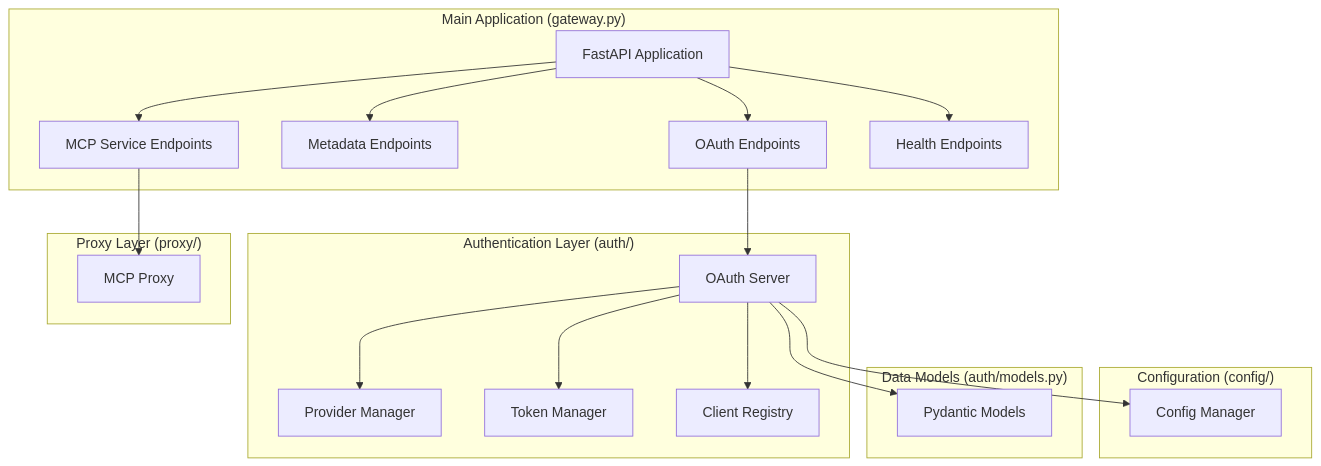
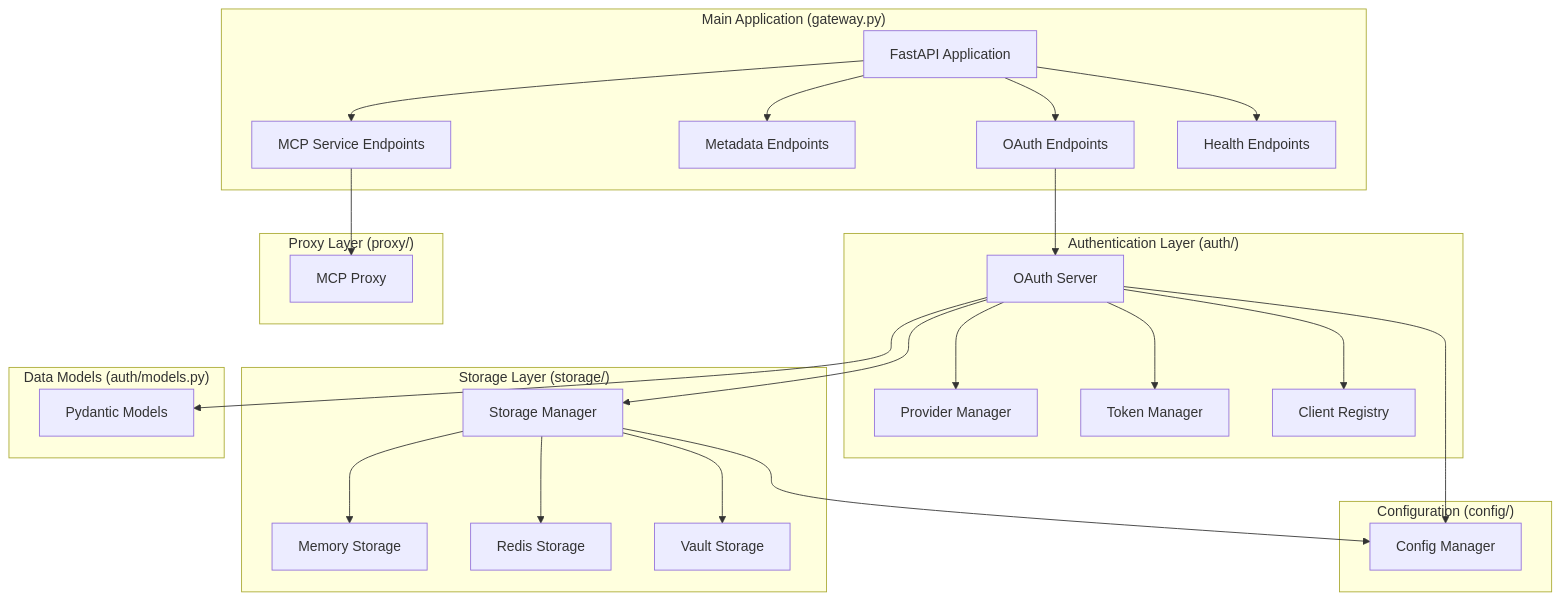
Before and after one commit to akshay5995/mcp-oauth-gateway: the second of 11 diagrams in ARCHITECTURE.md, drawn with Mermaid. The commit also changed other lines of this file and 43 other files, not shown here.

````diff
--- a/ARCHITECTURE.md
+++ b/ARCHITECTURE.md
@@ -52,44 +59,57 @@
 ```mermaid
 graph TB
     subgraph "Main Application (gateway.py)"
         FastAPI[FastAPI Application]
         OAuth[OAuth Endpoints]
         Meta[Metadata Endpoints]
         McpEndpoints[MCP Service Endpoints]
         Health[Health Endpoints]
     end
     
     subgraph "Authentication Layer (auth/)"
         AuthServer[OAuth Server]
         ProviderMgr[Provider Manager]
         TokenMgr[Token Manager]
         ClientReg[Client Registry]
+    end
+    
+    subgraph "Storage Layer (storage/)"
+        StorageMgr[Storage Manager]
+        MemoryStorage[Memory Storage]
+        RedisStorage[Redis Storage]
+        VaultStorage[Vault Storage]
     end
     
     subgraph "Proxy Layer (proxy/)"
         McpProxy[MCP Proxy]
     end
     
     subgraph "Configuration (config/)"
         Config[Config Manager]
     end
     
     subgraph "Data Models (auth/models.py)"
         Models[Pydantic Models]
     end
     
     FastAPI --> OAuth
     FastAPI --> Meta
     FastAPI --> McpEndpoints
     FastAPI --> Health
     
     OAuth --> AuthServer
     AuthServer --> ProviderMgr
     AuthServer --> TokenMgr
     AuthServer --> ClientReg
+    AuthServer --> StorageMgr
+    
+    StorageMgr --> MemoryStorage
+    StorageMgr --> RedisStorage
+    StorageMgr --> VaultStorage
     
     McpEndpoints --> McpProxy
     
     AuthServer --> Config
     AuthServer --> Models
+    StorageMgr --> Config
 ```
````
